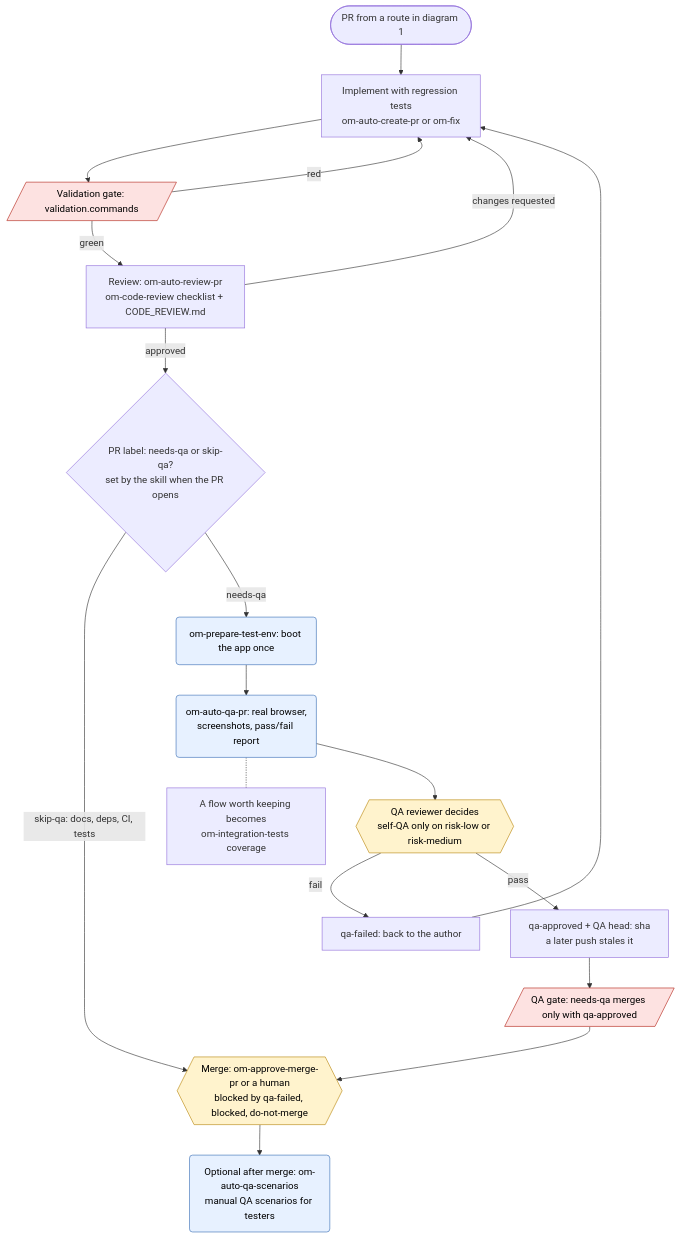
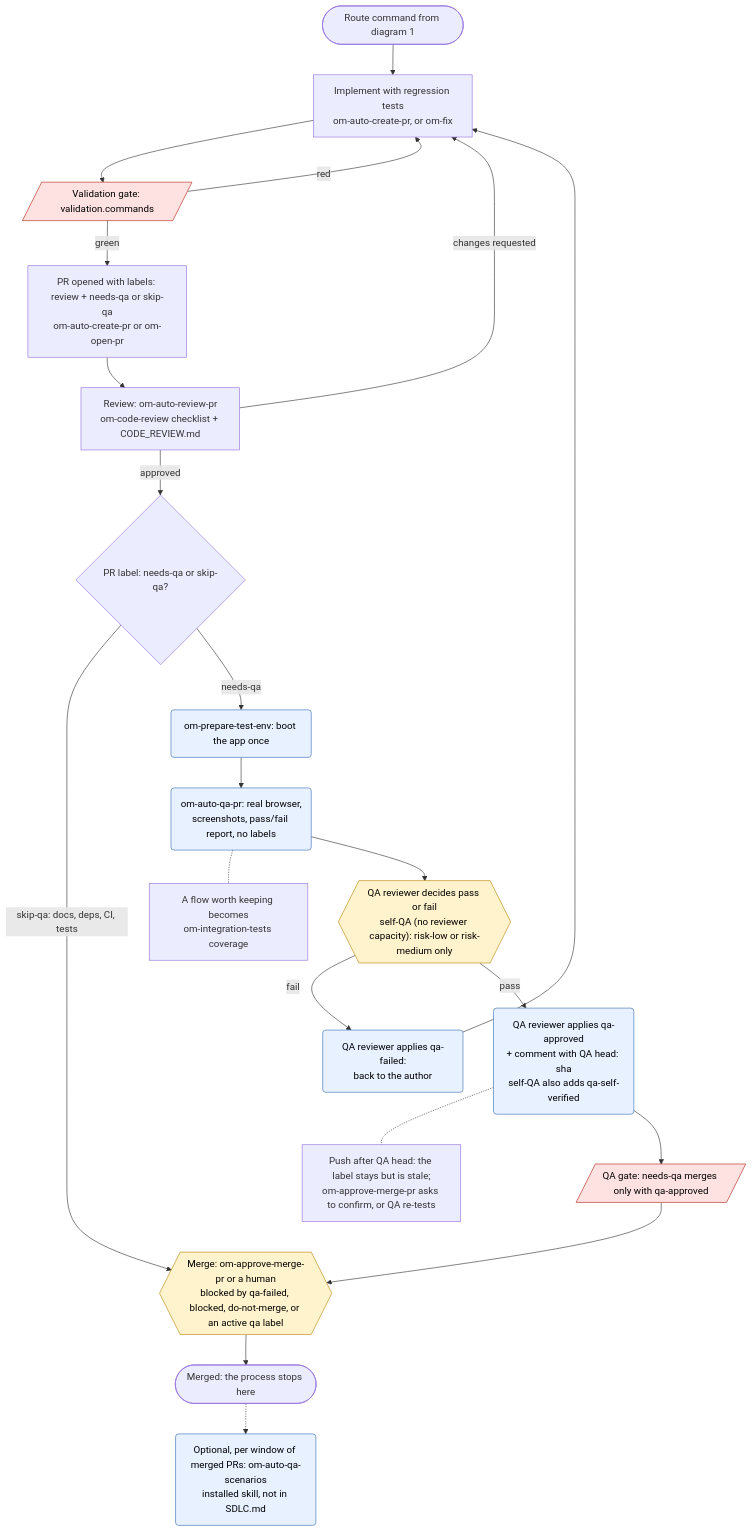
One commit to AZITWB/om-sdlc-sandbox changed the second of 3 diagrams in SDLC-routes.md. Above: the diagram before and after it, drawn with Mermaid. The commit also changed other lines of this file, not shown here.

Commit message:
fix(sdlc): apply the Fable review of the QA and design diagrams
H1 figma skill as a side path, not a Prototype: source; M1 design decided, not recorded in a spec; M2 QA labels applied by the QA reviewer; M3 full self-QA rule; M4 merge blockers and stale QA head; M5 PR-opened step; L1-L8 setup links, conditional .uxproof/, skip path, human designer, optional qa-scenarios, pill in legend, sources, quoted edge. Refs #27

````diff
--- a/SDLC-routes.md
+++ b/SDLC-routes.md
@@ -89,28 +90,31 @@
 ```mermaid
 flowchart TD
-    start([PR from a route in diagram 1]) --> impl["Implement with regression tests<br/>om-auto-create-pr or om-fix"]
+    start([Route command from diagram 1]) --> impl["Implement with regression tests<br/>om-auto-create-pr, or om-fix"]
     impl --> vgate[/"Validation gate: validation.commands"/]
     vgate -- red --> impl
-    vgate -- green --> review["Review: om-auto-review-pr<br/>om-code-review checklist + CODE_REVIEW.md"]
-    review -- changes requested --> impl
-    review -- approved --> qaQ{"PR label: needs-qa or skip-qa?<br/>set by the skill when the PR opens"}
+    vgate -- green --> open["PR opened with labels: review + needs-qa or skip-qa<br/>om-auto-create-pr or om-open-pr"]
+    open --> review["Review: om-auto-review-pr<br/>om-code-review checklist + CODE_REVIEW.md"]
+    review -- "changes requested" --> impl
+    review -- approved --> qaQ{"PR label: needs-qa or skip-qa?"}
 
     qaQ -- "skip-qa: docs, deps, CI, tests" --> merge
-    qaQ -- needs-qa --> env("om-prepare-test-env: boot the app once")
-    env --> qaRun("om-auto-qa-pr: real browser,<br/>screenshots, pass/fail report")
+    qaQ -- "needs-qa" --> env("om-prepare-test-env: boot the app once")
+    env --> qaRun("om-auto-qa-pr: real browser,<br/>screenshots, pass/fail report, no labels")
     qaRun -.- keep["A flow worth keeping becomes<br/>om-integration-tests coverage"]
-    qaRun --> signoff{{"QA reviewer decides<br/>self-QA only on risk-low or risk-medium"}}
-    signoff -- fail --> failed["qa-failed: back to the author"]
+    qaRun --> signoff{{"QA reviewer decides pass or fail<br/>self-QA (no reviewer capacity): risk-low or risk-medium only"}}
+    signoff -- fail --> failed("QA reviewer applies qa-failed:<br/>back to the author")
     failed --> impl
-    signoff -- pass --> approved["qa-approved + QA head: sha<br/>a later push stales it"]
+    signoff -- pass --> approved("QA reviewer applies qa-approved<br/>+ comment with QA head: sha<br/>self-QA also adds qa-self-verified")
+    approved -.- stale["Push after QA head: the label stays but is stale;<br/>om-approve-merge-pr asks to confirm, or QA re-tests"]
     approved --> qaGate[/"QA gate: needs-qa merges only with qa-approved"/]
-    qaGate --> merge{{"Merge: om-approve-merge-pr or a human<br/>blocked by qa-failed, blocked, do-not-merge"}}
-    merge --> after("Optional after merge: om-auto-qa-scenarios<br/>manual QA scenarios for testers")
+    qaGate --> merge{{"Merge: om-approve-merge-pr or a human<br/>blocked by qa-failed, blocked, do-not-merge, or an active qa label"}}
+    merge --> mergedEnd([Merged: the process stops here])
+    mergedEnd -.-> after("Optional, per window of merged PRs: om-auto-qa-scenarios<br/>installed skill, not in SDLC.md")
 
     classDef human fill:#fff3cd,stroke:#b8860b,color:#000
     classDef cmd fill:#e7f1ff,stroke:#3b6fb6,color:#000
     classDef gate fill:#fde2e1,stroke:#b42318,color:#000
     class signoff,merge human
-    class env,qaRun,after cmd
+    class env,qaRun,failed,approved,after cmd
     class vgate,qaGate gate
 ```
````
